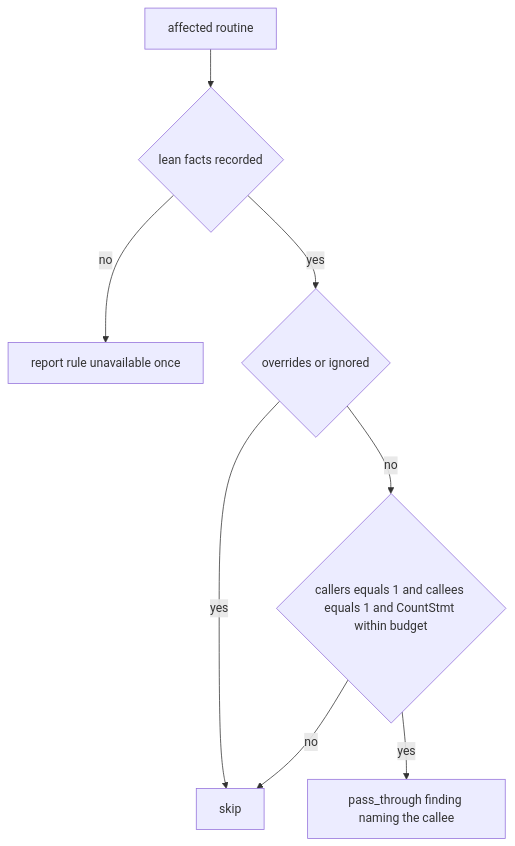
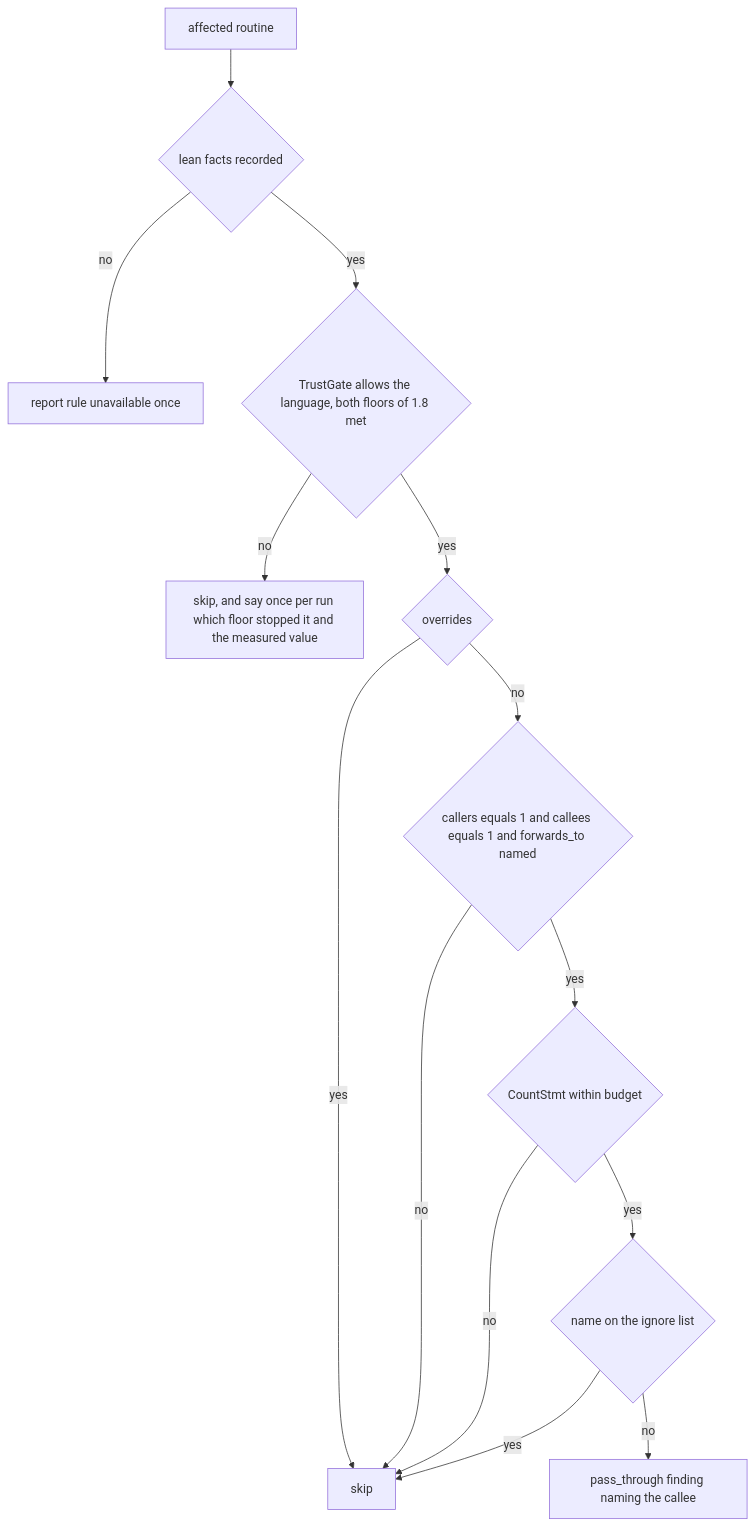
One commit to norandom/scitools-hook changed the third of 3 diagrams in .kiro/specs/lean-code-rules/design.md. Above: the diagram before and after it, drawn with Mermaid. The commit also changed other lines of this file and 14 other files, not shown here.

````diff
--- a/.kiro/specs/lean-code-rules/design.md
+++ b/.kiro/specs/lean-code-rules/design.md
@@ -249,10 +271,16 @@
 ```mermaid
 flowchart TD
     A[affected routine] --> B{lean facts recorded}
     B -- no --> U[report rule unavailable once]
-    B -- yes --> C{overrides or ignored}
+    B -- yes --> G{TrustGate allows the language, both floors of 1.8 met}
+    G -- no --> R[skip, and say once per run which floor stopped it and the measured value]
+    G -- yes --> C{overrides}
     C -- yes --> S[skip]
-    C -- no --> D{callers equals 1 and callees equals 1 and CountStmt within budget}
-    D -- yes --> F[pass_through finding naming the callee]
+    C -- no --> D{callers equals 1 and callees equals 1 and forwards_to named}
     D -- no --> S
+    D -- yes --> E{CountStmt within budget}
+    E -- no --> S
+    E -- yes --> I{name on the ignore list}
+    I -- yes --> S
+    I -- no --> F[pass_through finding naming the callee]
 ```
````
